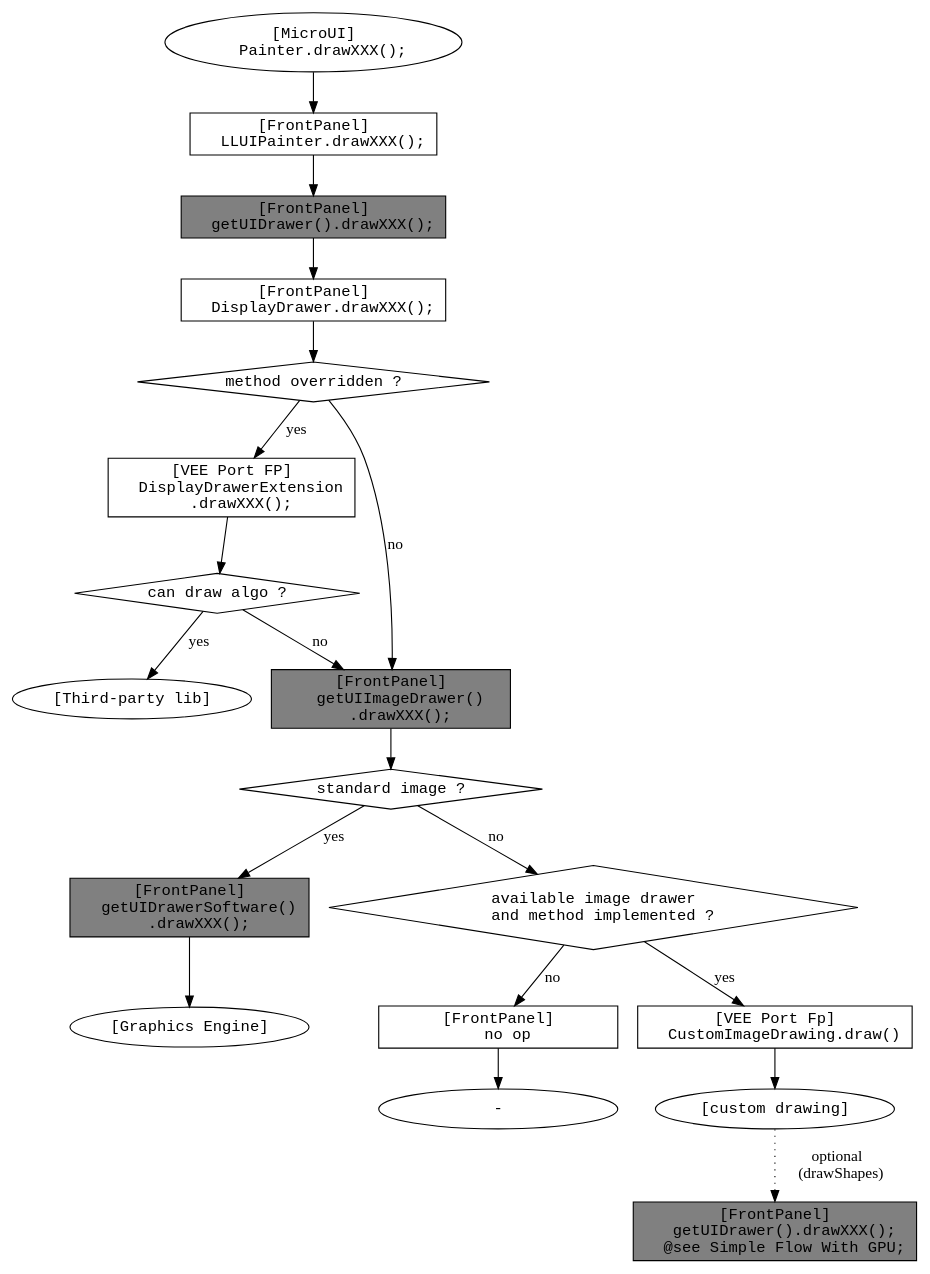
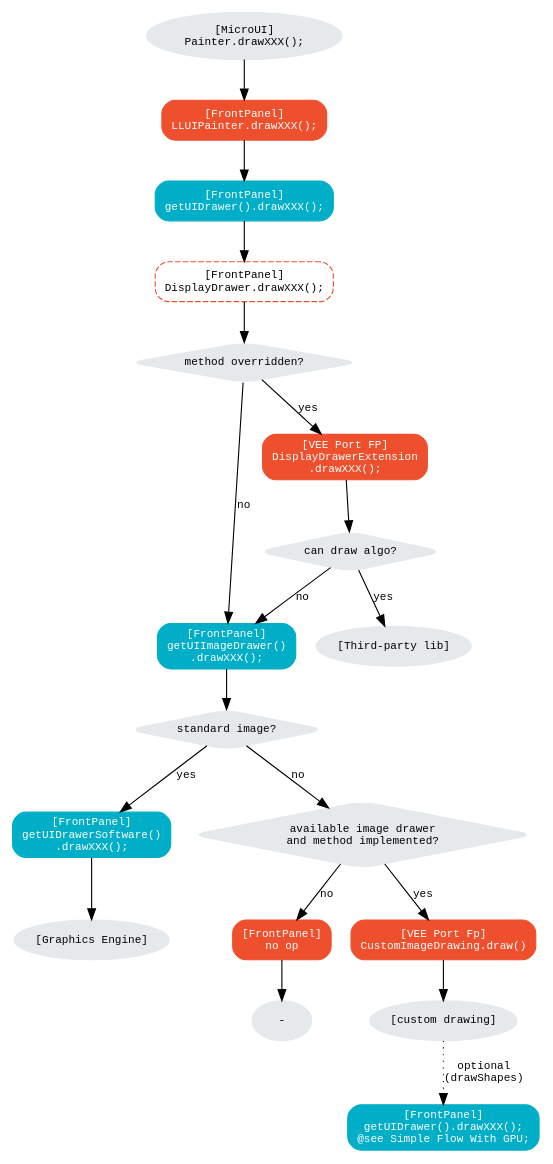
One commit to MicroEJ/docs changed the fourth of 4 diagrams in VEEPortingGuide/uiImageCore.rst. Above: the diagram before and after it, drawn with Graphviz. The commit also changed other lines of this file and 2 other files, not shown here.

Commit message:
Update graphs look.

```diff
--- a/VEEPortingGuide/uiImageCore.rst
+++ b/VEEPortingGuide/uiImageCore.rst
@@ -512,70 +522,70 @@
 .. graphviz::
 
    digraph {
       ratio="auto"
       splines="true";
-      node [style=filled fillcolor=white shape=rectangle fontname=monospace fontcolor=black width=3];
-         
+      node [style="filled,rounded" fontname="courier new" fontsize="10"]
+
+      { //in/out
+         node [shape="ellipse" color="#e5e9eb" fontcolor="black"] mui UID_soft_c UID_gpu_hard stub UIIx_impl_d
+      }
+      { // h
+         node [shape="box" color="#00aec7" fontcolor="white"] UID_h UID_soft_h UII_h UID_h2
+      }
+      { // c
+         node [shape="box" color="#ee502e" fontcolor="white"] LLUI_c UID_gpu_c UID_stub_c UIIx_impl_c
+      }
+      { // weak
+         node [shape="box" style="dashed,rounded" color="#ee502e"] UID_weak_c
+      }
+      { // choice
+         node [shape="diamond" color="#e5e9eb"] UID_cond UID_gpu_cond UII_cond UIIx_cond
+      }
+
       // --- SIMPLE FLOW ELEMENTS -- //
 
-      mui [label="[MicroUI]
-      Painter.drawXXX();" shape=ellipse] 
-      LLUI_c [label="[FrontPanel]
-      LLUIPainter.drawXXX();"]
-      UID_h [label="[FrontPanel]
-      getUIDrawer().drawXXX();" fillcolor=gray]
-      UID_weak_c [label="[FrontPanel]
-      DisplayDrawer.drawXXX();"]
-      UID_soft_h [label="[FrontPanel]
-      getUIDrawerSoftware()
-      .drawXXX();" fillcolor=gray]
-      UID_soft_c [label="[Graphics Engine]" shape=ellipse]
+      mui [label="[MicroUI]\nPainter.drawXXX();"] 
+      LLUI_c [label="[FrontPanel]\nLLUIPainter.drawXXX();"]
+      UID_h [label="[FrontPanel]\ngetUIDrawer().drawXXX();"]
+      UID_weak_c [label="[FrontPanel]\nDisplayDrawer.drawXXX();"]
+      UID_soft_h [label="[FrontPanel]\ngetUIDrawerSoftware()\n.drawXXX();"]
+      UID_soft_c [label="[Graphics Engine]"]
 
       // --- GPU FLOW ELEMENTS -- //
 
-      UID_cond [label="method overridden ?" shape=diamond]
-      UID_gpu_c [label="[VEE Port FP]
-      DisplayDrawerExtension
-      .drawXXX();"]
-      UID_gpu_cond [label="can draw algo ?" shape=diamond]
-      UID_gpu_hard [label="[Third-party lib]" shape=ellipse]
+      UID_cond [label="method overridden?"]
+      UID_gpu_c [label="[VEE Port FP]\nDisplayDrawerExtension\n.drawXXX();"]
+      UID_gpu_cond [label="can draw algo?"]
+      UID_gpu_hard [label="[Third-party lib]"]
 
-      UID_stub_c [label="[FrontPanel]
-      no op"]
-      stub [label="-" shape=ellipse]
+      UID_stub_c [label="[FrontPanel]\nno op"]
+      stub [label="-"]
 
       // --- MULTIPLE IMAGES FLOW ELEMENTS -- //
 
-      UII_h [label="[FrontPanel]
-      getUIImageDrawer()
-      .drawXXX();" fillcolor=gray]
-      UII_cond [label="standard image ?" shape=diamond]
-      UIIx_cond [label="available image drawer
-      and method implemented ?" shape=diamond]
-      UIIx_impl_c [label="[VEE Port Fp]
-      CustomImageDrawing.draw()"]
-      UIIx_impl_d [label="[custom drawing]" shape=ellipse]
+      UII_h [label="[FrontPanel]\ngetUIImageDrawer()\n.drawXXX();"]
+      UII_cond [label="standard image?"]
+      UIIx_cond [label="available image drawer\nand method implemented?"]
+      UIIx_impl_c [label="[VEE Port Fp]\nCustomImageDrawing.draw()"]
+      UIIx_impl_d [label="[custom drawing]"]
 
-      UID_h2 [label="[FrontPanel]
-      getUIDrawer().drawXXX();
-      @see Simple Flow With GPU;"  fillcolor=gray]
+      UID_h2 [label="[FrontPanel]\ngetUIDrawer().drawXXX();\n@see Simple Flow With GPU;"]
 
       // --- FLOW -- //
 
       mui->LLUI_c->UID_h->UID_weak_c->UID_cond
-      UID_cond->UII_h [label="no"]
+      UID_cond->UII_h [label="no" fontname="courier new" fontsize="10"]
       UII_h->UII_cond
-      UID_cond->UID_gpu_c [label="yes"]
+      UID_cond->UID_gpu_c [label="yes" fontname="courier new" fontsize="10"]
       UID_gpu_c->UID_gpu_cond
-      UID_gpu_cond->UII_h [label="no"]
-      UID_gpu_cond->UID_gpu_hard [label="yes"]
-      UII_cond->UID_soft_h [label="yes"]
-      UII_cond->UIIx_cond [label="no"]
+      UID_gpu_cond->UII_h [label="no" fontname="courier new" fontsize="10"]
+      UID_gpu_cond->UID_gpu_hard [label="yes" fontname="courier new" fontsize="10"]
+      UII_cond->UID_soft_h [label="yes" fontname="courier new" fontsize="10"]
+      UII_cond->UIIx_cond [label="no" fontname="courier new" fontsize="10"]
       UID_soft_h->UID_soft_c
-      UIIx_cond->UID_stub_c [label="no"]
+      UIIx_cond->UID_stub_c [label="no" fontname="courier new" fontsize="10"]
       UID_stub_c->stub
-      UIIx_cond->UIIx_impl_c [label="yes"]
+      UIIx_cond->UIIx_impl_c [label="yes" fontname="courier new" fontsize="10"]
       UIIx_impl_c->UIIx_impl_d
-      UIIx_impl_d->UID_h2 [style=dotted label="optional
-      (drawShapes)"]
+      UIIx_impl_d->UID_h2 [style=dotted label="optional\n(drawShapes)" fontname="courier new" fontsize="10"]
    }
```
